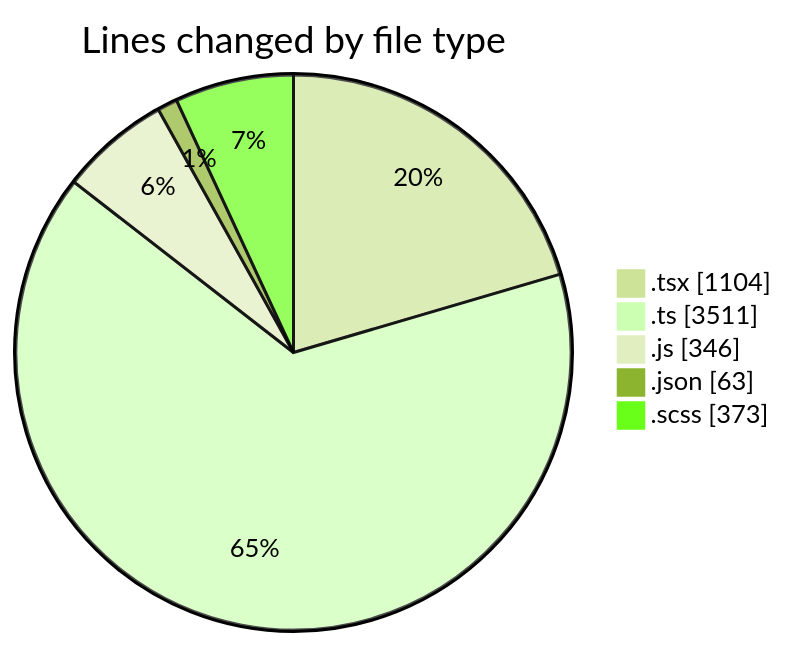
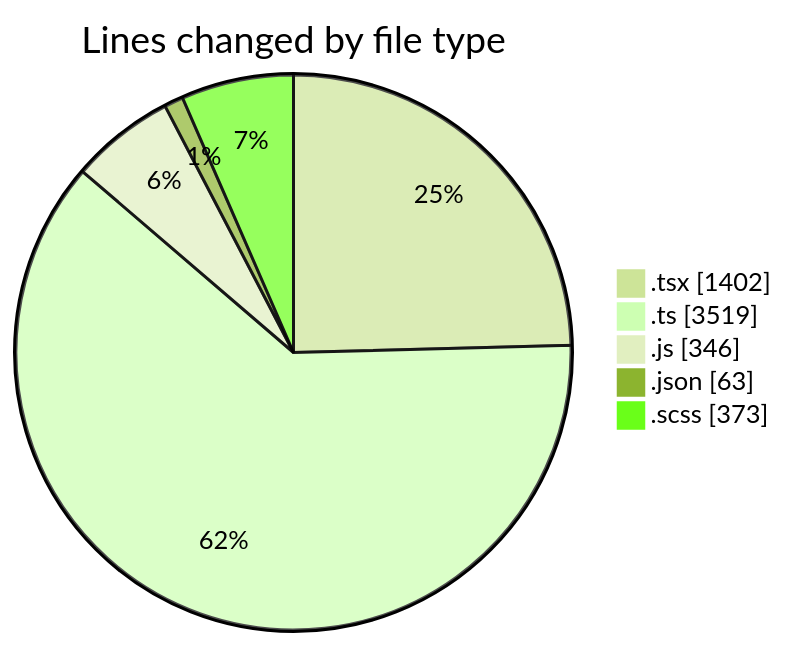
One commit to momahboobian/code-tracking changed the first of 2 diagrams in 2025-12-01/cda/README.md. Above: the diagram before and after it, drawn with Mermaid (forest theme). The commit also changed other lines of this file and 1 other file, not shown here.

````diff
--- a/2025-12-01/cda/README.md
+++ b/2025-12-01/cda/README.md
@@ -33,9 +33,9 @@
 ```mermaid
 pie showData
 title Lines changed by file type
-".tsx" : 1104
-".ts" : 3511
+".tsx" : 1402
+".ts" : 3519
 ".js" : 346
 ".json" : 63
 ".scss" : 373
 ```
````
